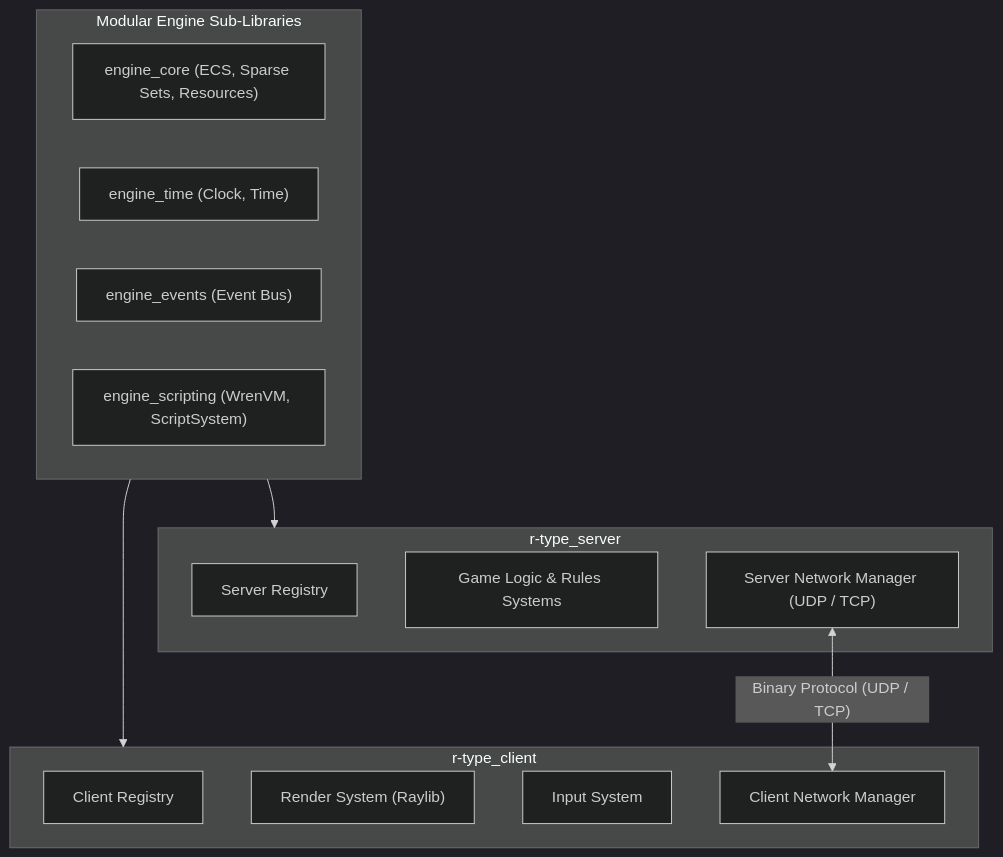
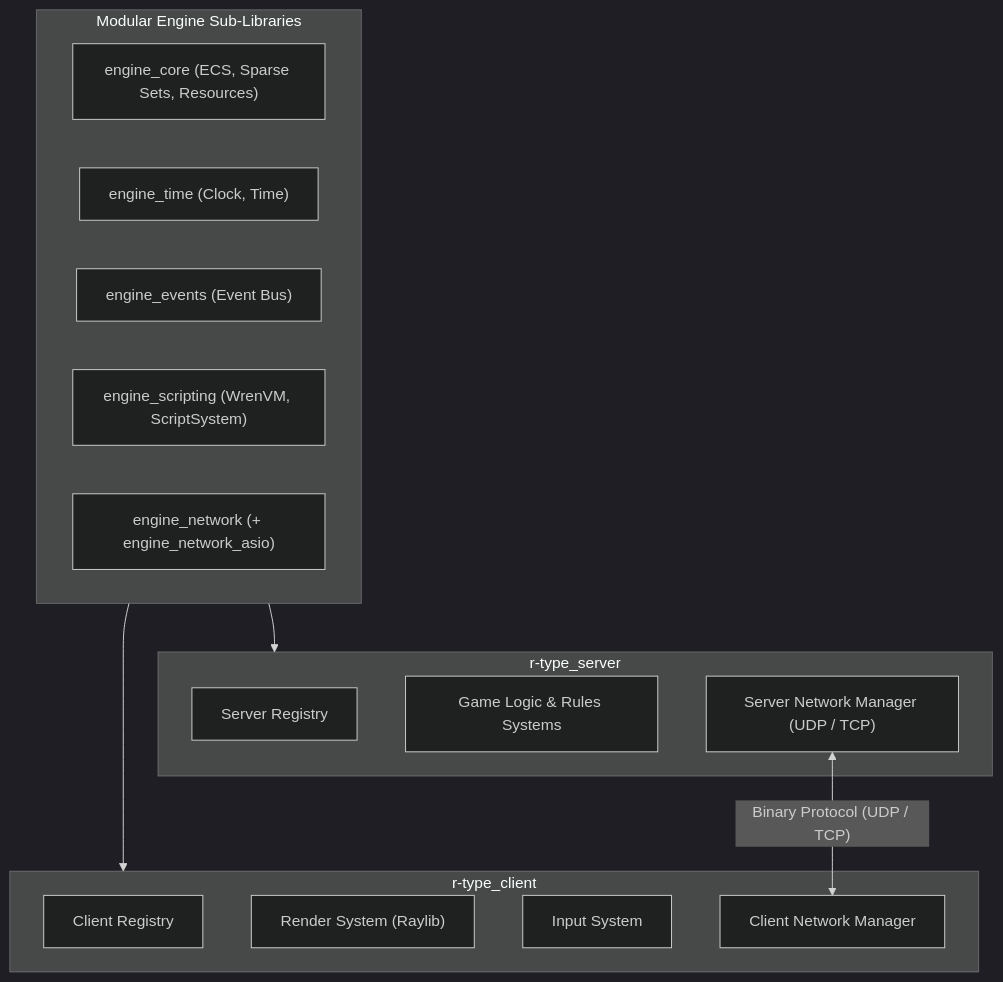
One commit to Matt4401/Mirror-Rtype changed the first of 2 diagrams in docs/architecture/overview.md. Above: the diagram before and after it, drawn with Mermaid (dark theme). The commit also changed other lines of this file and 18 other files, not shown here.

````diff
--- a/docs/architecture/overview.md
+++ b/docs/architecture/overview.md
@@ -19,27 +28,28 @@
 ```mermaid
 graph TB
     subgraph Engine["Modular Engine Sub-Libraries"]
         Core["engine_core (ECS, Sparse Sets, Resources)"]
         Time["engine_time (Clock, Time)"]
         Events["engine_events (Event Bus)"]
         Scripting["engine_scripting (WrenVM, ScriptSystem)"]
+        Network["engine_network (+ engine_network_asio)"]
     end
 
     subgraph ServerApp["r-type_server"]
         ServerECS["Server Registry"]
         ServerLogic["Game Logic & Rules Systems"]
         ServerNet["Server Network Manager (UDP / TCP)"]
     end
 
     subgraph ClientApp["r-type_client"]
         ClientECS["Client Registry"]
         Renderer["Render System (Raylib)"]
         Input["Input System"]
         ClientNet["Client Network Manager"]
     end
 
     Engine --> ServerApp
     Engine --> ClientApp
 
     ServerNet <-->|"Binary Protocol (UDP / TCP)"| ClientNet
 ```
````
